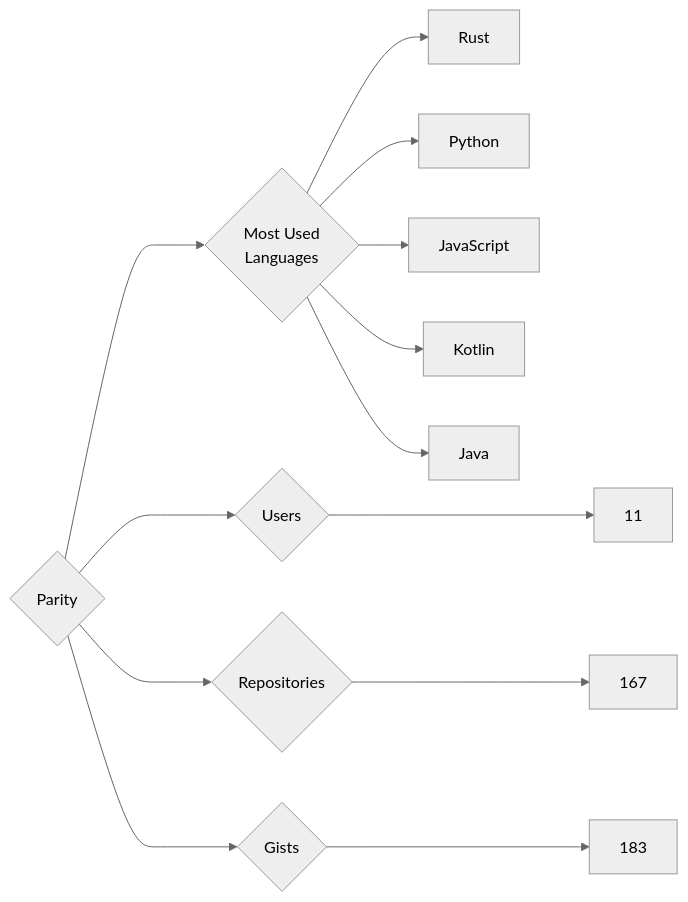
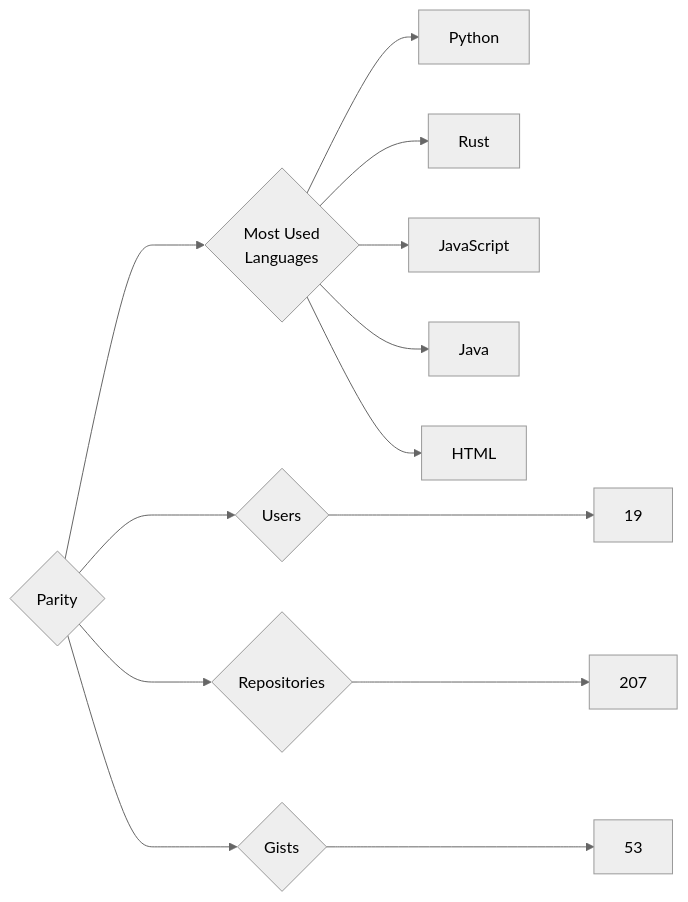
One commit to trickest/insiders changed the diagram in targets/Parity/README.md. Above: the diagram before and after it, drawn with Mermaid (neutral theme). The commit also changed 903 other files, not shown here.

````diff
--- a/targets/Parity/README.md
+++ b/targets/Parity/README.md
@@ -3,13 +3,13 @@
 ```mermaid
 graph LR
 COMPANY_NAME{Parity}
-COMPANY_NAME ---> U{Users} ---> UN[11]
-COMPANY_NAME ---> R{Repositories} ---> RN[167]
-COMPANY_NAME ---> G{Gists} ---> GN[183]
+COMPANY_NAME ---> U{Users} ---> UN[19]
+COMPANY_NAME ---> R{Repositories} ---> RN[207]
+COMPANY_NAME ---> G{Gists} ---> GN[53]
 COMPANY_NAME ---> ML{Most Used<br>Languages}
+ML --> Python[Python]
 ML --> Rust[Rust]
-ML --> Python[Python]
 ML --> JavaScript[JavaScript]
-ML --> Kotlin[Kotlin]
 ML --> Java[Java]
+ML --> HTML[HTML]
 ```
````
